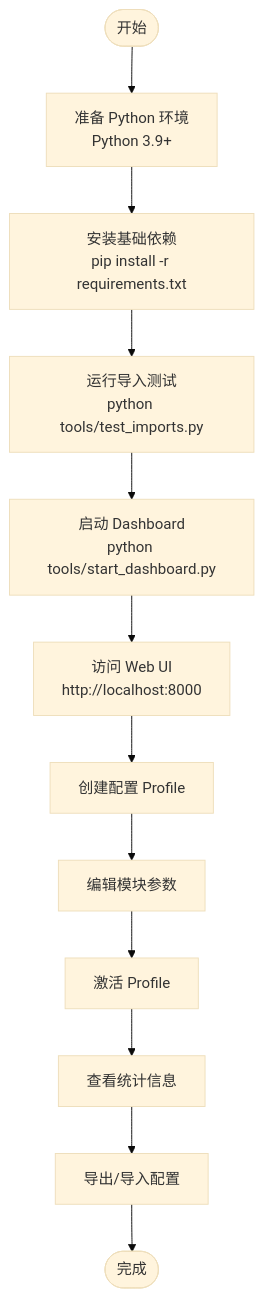
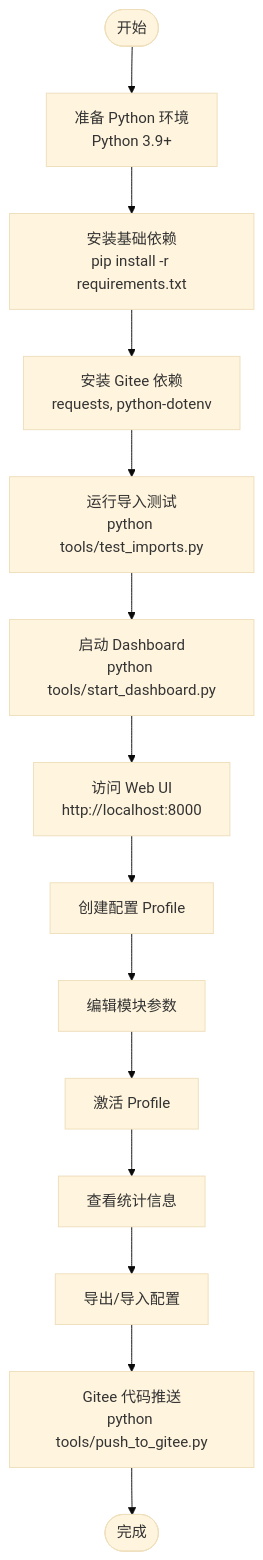
The third of 3 diagrams in .qoder/repowiki/zh/content/安装与配置.md (JieGaoPrinceton/NecoRAG), drawn with Mermaid (base theme) before and after one commit. The commit also changed other lines of this file and 3 other files, not shown here.

````diff
--- a/.qoder/repowiki/zh/content/安装与配置.md
+++ b/.qoder/repowiki/zh/content/安装与配置.md
@@ -287,14 +352,16 @@
 ```mermaid
 flowchart TD
 Start(["开始"]) --> Env["准备 Python 环境<br/>Python 3.9+"]
 Env --> InstallBase["安装基础依赖<br/>pip install -r requirements.txt"]
-InstallBase --> Test["运行导入测试<br/>python tools/test_imports.py"]
+InstallBase --> InstallGitee["安装 Gitee 依赖<br/>requests, python-dotenv"]
+InstallGitee --> Test["运行导入测试<br/>python tools/test_imports.py"]
 Test --> Dashboard["启动 Dashboard<br/>python tools/start_dashboard.py"]
 Dashboard --> WebUI["访问 Web UI<br/>http://localhost:8000"]
 WebUI --> CreateProfile["创建配置 Profile"]
 CreateProfile --> EditParams["编辑模块参数"]
 EditParams --> Activate["激活 Profile"]
 Activate --> Monitor["查看统计信息"]
 Monitor --> Export["导出/导入配置"]
-Export --> End(["完成"])
+Export --> GiteePush["Gitee 代码推送<br/>python tools/push_to_gitee.py"]
+GiteePush --> End(["完成"])
 ```
````
